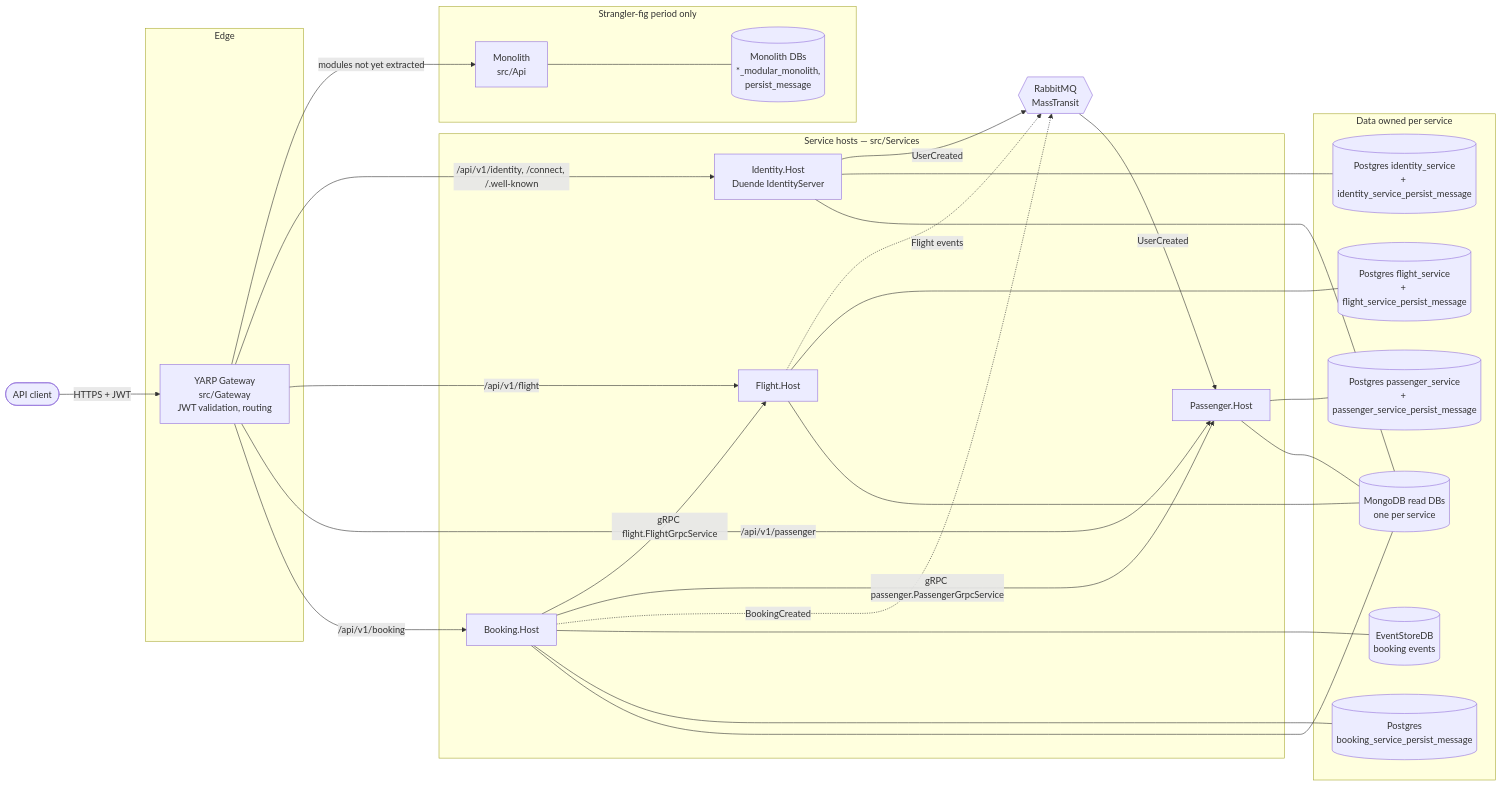
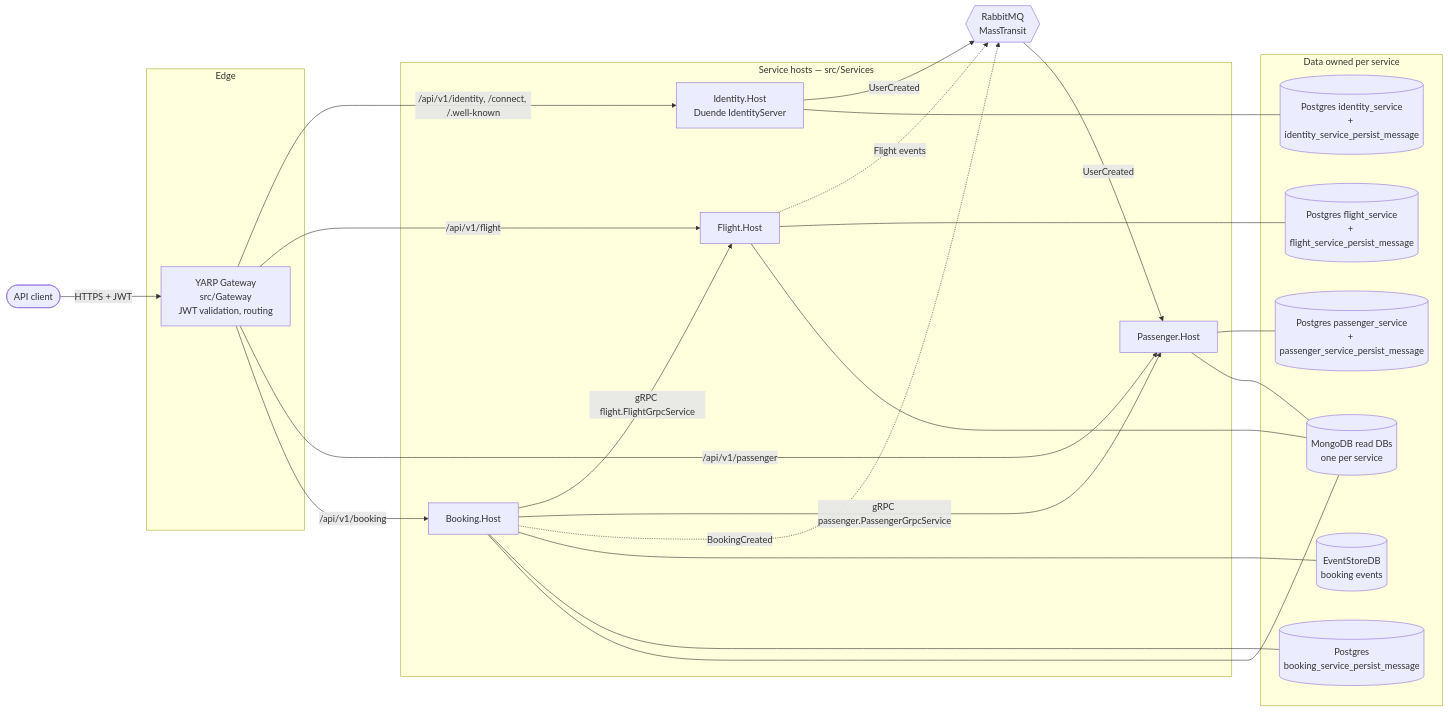
The diagram in assets/target-architecture.mmd (COG-GTM/booking-modular-monolith), drawn with Mermaid before and after one commit. The commit also changed 66 other files, not shown here.

Commit message:
refactor(api): decommission the monolith host (AB-505)

```diff
--- a/assets/target-architecture.mmd
+++ b/assets/target-architecture.mmd
@@ -1,55 +1,47 @@
 flowchart LR
     client([API client])
 
     subgraph edge[Edge]
       gw[YARP Gateway<br/>src/Gateway<br/>JWT validation, routing]
-    end
-
-    subgraph legacy[Strangler-fig period only]
-      mono[Monolith<br/>src/Api]
-      monodb[(Monolith DBs<br/>*_modular_monolith,<br/>persist_message)]
-      mono --- monodb
     end
 
     subgraph services[Service hosts — src/Services]
       identity[Identity.Host<br/>Duende IdentityServer]
       flight[Flight.Host]
       passenger[Passenger.Host]
       booking[Booking.Host]
     end
 
     subgraph data[Data owned per service]
       idpg[(Postgres identity_service<br/>+ identity_service_persist_message)]
       fpg[(Postgres flight_service<br/>+ flight_service_persist_message)]
       ppg[(Postgres passenger_service<br/>+ passenger_service_persist_message)]
       esdb[(EventStoreDB<br/>booking events)]
       bpg[(Postgres<br/>booking_service_persist_message)]
       mongo[(MongoDB read DBs<br/>one per service)]
     end
 
     mq{{RabbitMQ<br/>MassTransit}}
 
     client -->|HTTPS + JWT| gw
-    gw -->|modules not yet extracted| mono
     gw -->|/api/v1/identity, /connect, /.well-known| identity
     gw -->|/api/v1/flight| flight
     gw -->|/api/v1/passenger| passenger
     gw -->|/api/v1/booking| booking
 
     booking -->|gRPC flight.FlightGrpcService| flight
     booking -->|gRPC passenger.PassengerGrpcService| passenger
 
     identity -->|UserCreated| mq
     mq -->|UserCreated| passenger
     flight -.->|Flight events| mq
     booking -.->|BookingCreated| mq
 
     identity --- idpg
     flight --- fpg
     passenger --- ppg
     booking --- esdb
     booking --- bpg
-    identity --- mongo
     flight --- mongo
     passenger --- mongo
     booking --- mongo
```
